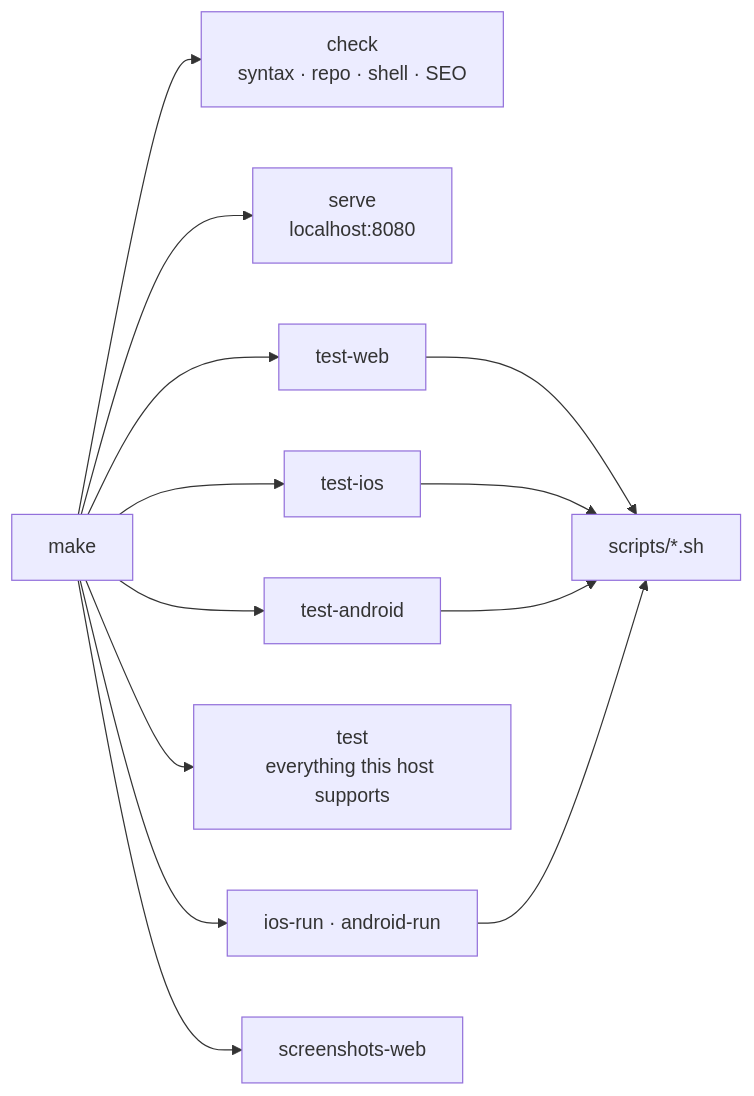
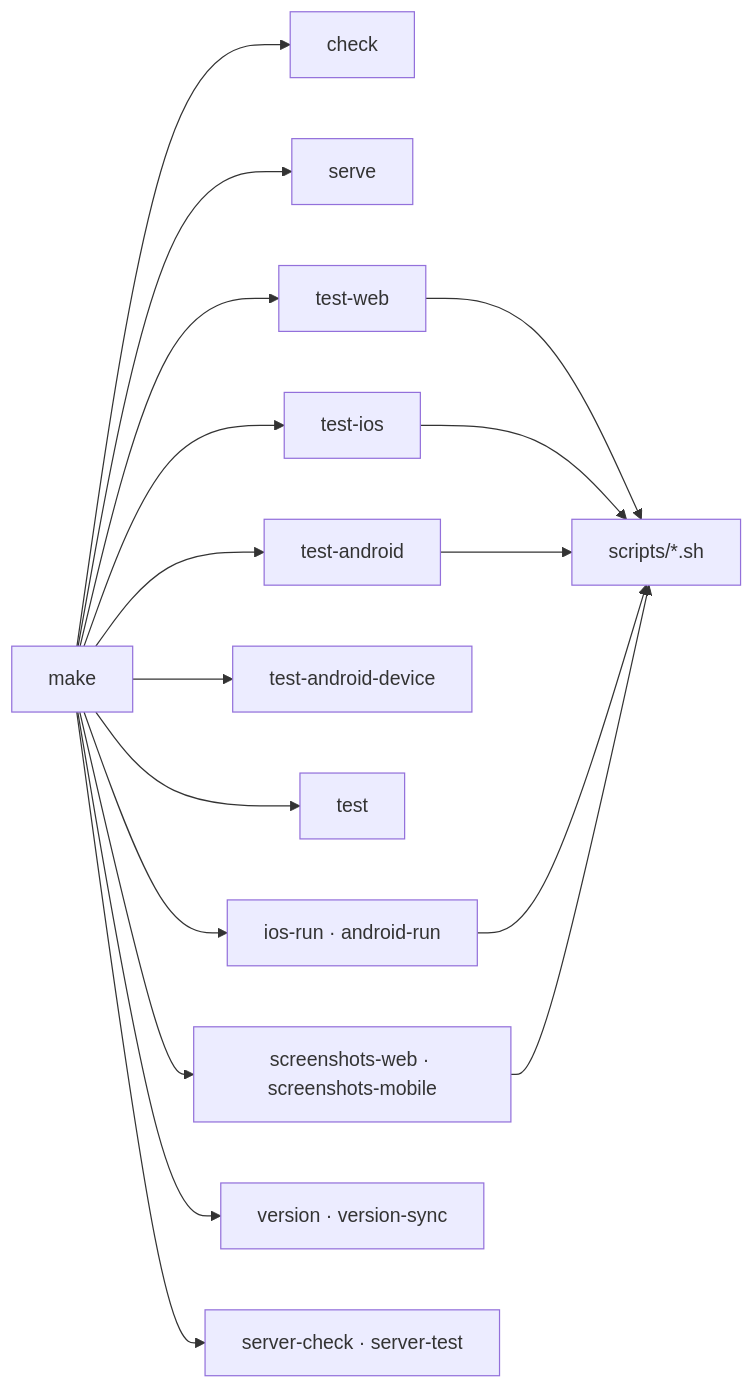
One commit to hoangsonww/2048-Game changed diagram 41 of 47 in ARCHITECTURE.md. Above: the diagram before and after it, drawn with Mermaid. The commit also changed other lines of this file, not shown here.

First line of the commit message:
Expand ARCHITECTURE.md into a full system reference.

````diff
--- a/ARCHITECTURE.md
+++ b/ARCHITECTURE.md
@@ -1344,16 +1699,20 @@
 ```mermaid
 flowchart LR
-    Make[make] --> Check[check<br/>syntax · repo · shell · SEO]
-    Make --> Serve[serve<br/>localhost:8080]
+    Make[make] --> Check[check]
+    Make --> Serve[serve]
     Make --> TW[test-web]
     Make --> TI[test-ios]
     Make --> TA[test-android]
-    Make --> T[test<br/>everything this host supports]
+    Make --> TAD[test-android-device]
+    Make --> T[test]
     Make --> Run[ios-run · android-run]
-    Make --> Shots[screenshots-web]
+    Make --> Shots[screenshots-web · screenshots-mobile]
+    Make --> Ver[version · version-sync]
+    Make --> Srv[server-check · server-test]
 
     TW --> Scripts[scripts/*.sh]
     TI --> Scripts
     TA --> Scripts
     Run --> Scripts
+    Shots --> Scripts
 ```
````
